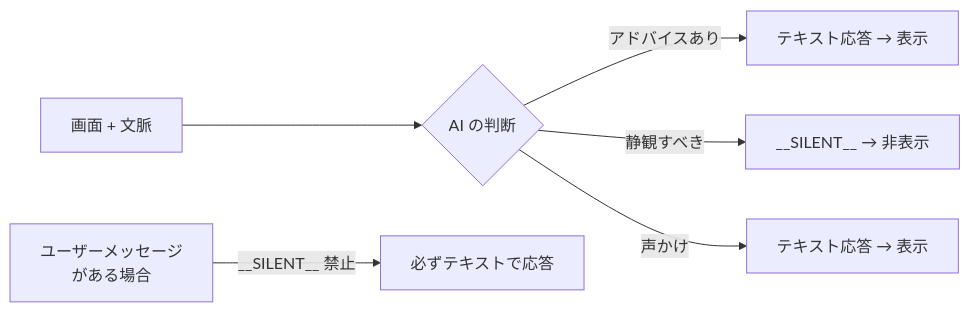
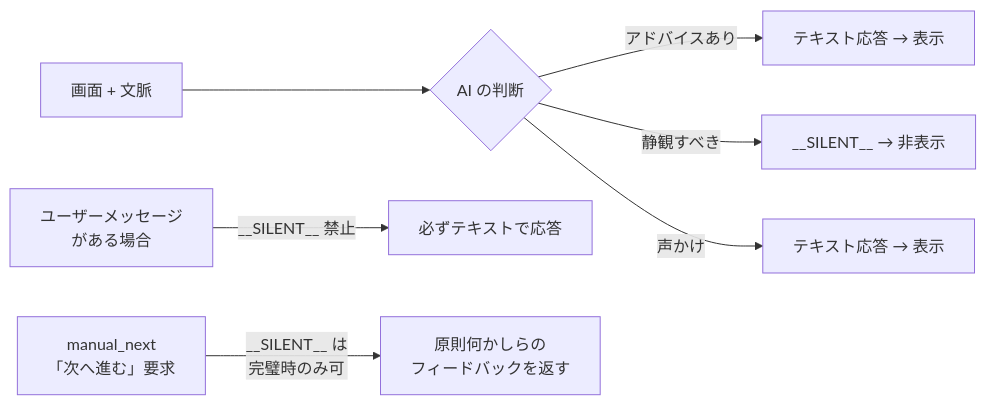
Before and after one commit to yukaorange/dcc_suport: diagram 12 of 30 in docs/architecture.md, drawn with Mermaid. The commit also changed other lines of this file and 1 other file, not shown here.

Commit message:
chore(docs): アーキテクチャ図とクライアント用リーディングガイドの更新

````diff
--- a/docs/architecture.md
+++ b/docs/architecture.md
@@ -337,10 +366,11 @@
 ```mermaid
 flowchart LR
     Input[画面 + 文脈] --> Judge{AI の判断}
 
     Judge -->|アドバイスあり| Text["テキスト応答 → 表示"]
     Judge -->|静観すべき| Silent["__SILENT__ → 非表示"]
     Judge -->|声かけ| Encourage["テキスト応答 → 表示"]
 
     UserMsg[ユーザーメッセージ<br>がある場合] -->|__SILENT__ 禁止| MustRespond["必ずテキストで応答"]
+    ManualNext[manual_next<br>「次へ進む」要求] -->|__SILENT__ は<br>完璧時のみ可| LikelyAdvice["原則何かしらの<br>フィードバックを返す"]
 ```
````
